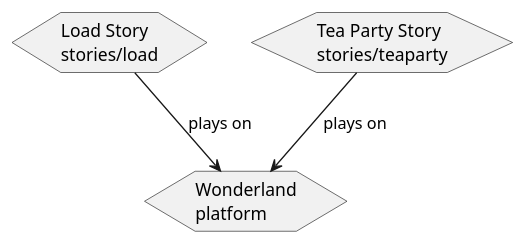
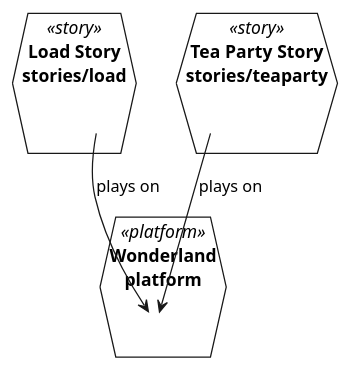
Before and after one commit to Mathmagicians/wonderland-eventing-playground: the diagram in docs/generated/architecture/plantuml/forest.puml, drawn with PlantUML. The commit also changed 156 other files, not shown here.

```diff
--- a/docs/generated/architecture/plantuml/forest.puml
+++ b/docs/generated/architecture/plantuml/forest.puml
@@ -1,10 +1,16 @@
 @startuml
 ' the forest from the model: the platform and the stories that play on it
 
-hexagon "Wonderland\nplatform" as platform
-hexagon "Load Story\nstories/load" as s_Load_Story
-hexagon "Tea Party Story\nstories/teaparty" as s_Tea_Party_Story
+hexagon "Wonderland\nplatform" as platform <<platform>> {
+  label " " as platform_in
+}
+hexagon "Load Story\nstories/load" as s_Load_Story <<story>> {
+  label " " as s_Load_Story_in
+}
+hexagon "Tea Party Story\nstories/teaparty" as s_Tea_Party_Story <<story>> {
+  label " " as s_Tea_Party_Story_in
+}
 
-s_Load_Story --> platform : plays on
-s_Tea_Party_Story --> platform : plays on
+s_Load_Story_in --> platform_in : plays on
+s_Tea_Party_Story_in --> platform_in : plays on
 @enduml
```
